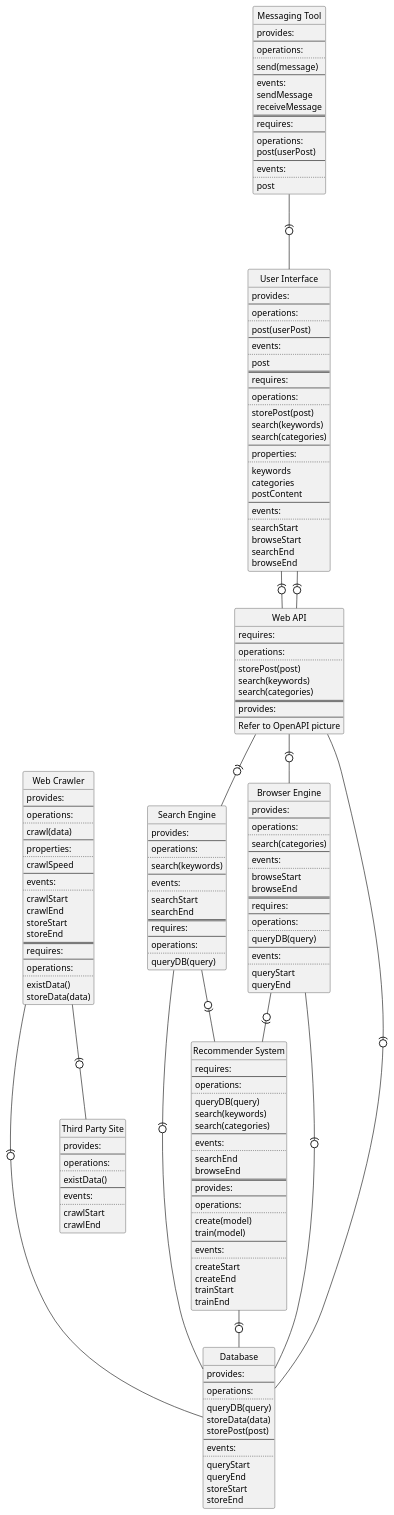
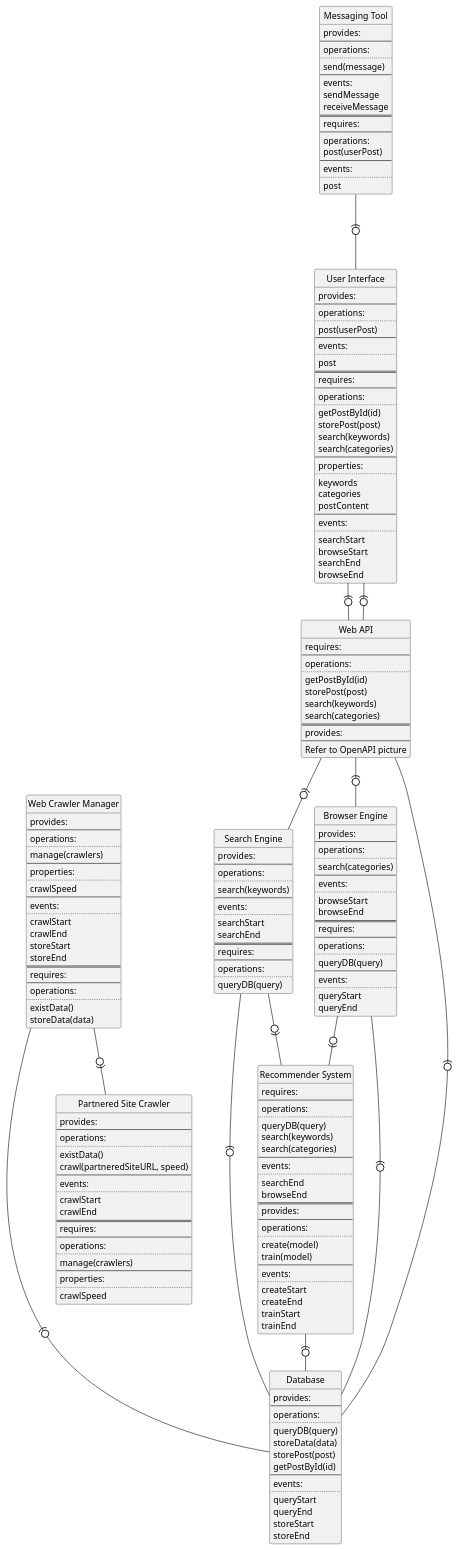
The diagram in src/sa/model/interface.puml (USI-MSDE-SA-2022/software-architecture-model-tommi27), drawn with PlantUML before and after one commit. The commit also changed 1 other file, not shown here.

Commit message:
added search post by id and clarified crawlers

```diff
--- a/src/sa/model/interface.puml
+++ b/src/sa/model/interface.puml
@@ -16,6 +16,7 @@
 --
 operations:
 ..
+getPostById(id)
 storePost(post)
 search(keywords)
 search(categories)
@@ -79,12 +80,12 @@
 queryEnd
 }
 
-class "Web Crawler" {
+class "Web Crawler Manager" {
 provides:
 --
 operations:
 ..
-crawl(data)
+manage(crawlers)
 --
 properties:
 ..
@@ -113,6 +114,7 @@
 queryDB(query)
 storeData(data)
 storePost(post)
+getPostById(id)
 --
 events:
 ..
@@ -172,17 +174,28 @@
     trainEnd
 }
 
-class "Third Party Site" {
+class "Partnered Site Crawler" {
     provides:
     --
     operations:
     ..
     existData()
+    crawl(partneredSiteURL, speed)
     --
     events:
     ..
     crawlStart
     crawlEnd
+    ==
+    requires:
+    --
+    operations:
+    ..
+    manage(crawlers)
+    --
+    properties:
+    ..
+    crawlSpeed
 }
 
 class "Web API" {
@@ -190,6 +203,7 @@
     --
     operations:
     ..
+    getPostById(id)
     storePost(post)
     search(keywords)
     search(categories)
@@ -205,8 +219,8 @@
 "Web API" -(0- "Search Engine"
 "Web API" -(0- "Browser Engine"
 "Web API" -(0- "Database"
-"Web Crawler" --(0- Database
-"Web Crawler" -(0- "Third Party Site"
+"Web Crawler Manager" --(0- Database
+"Web Crawler Manager" -0)- "Partnered Site Crawler"
 "Search Engine" -(0- Database
 "Browser Engine" -(0- Database
 "Messaging Tool" --(0- "User Interface"
```
